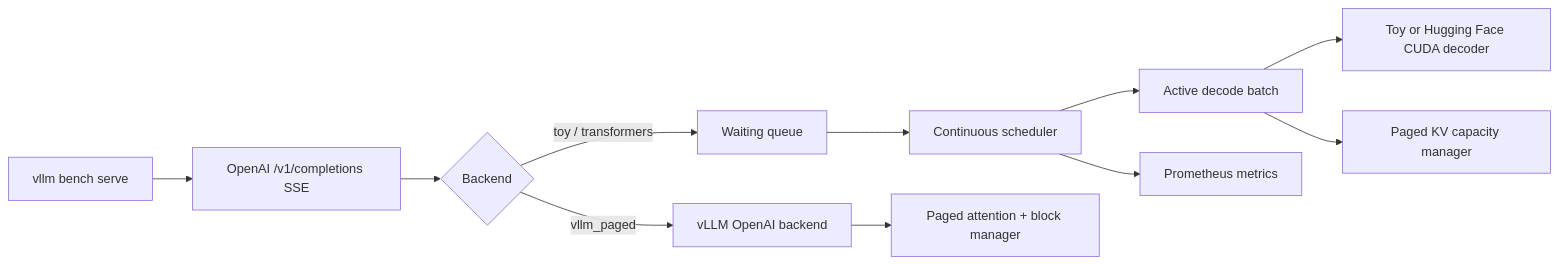
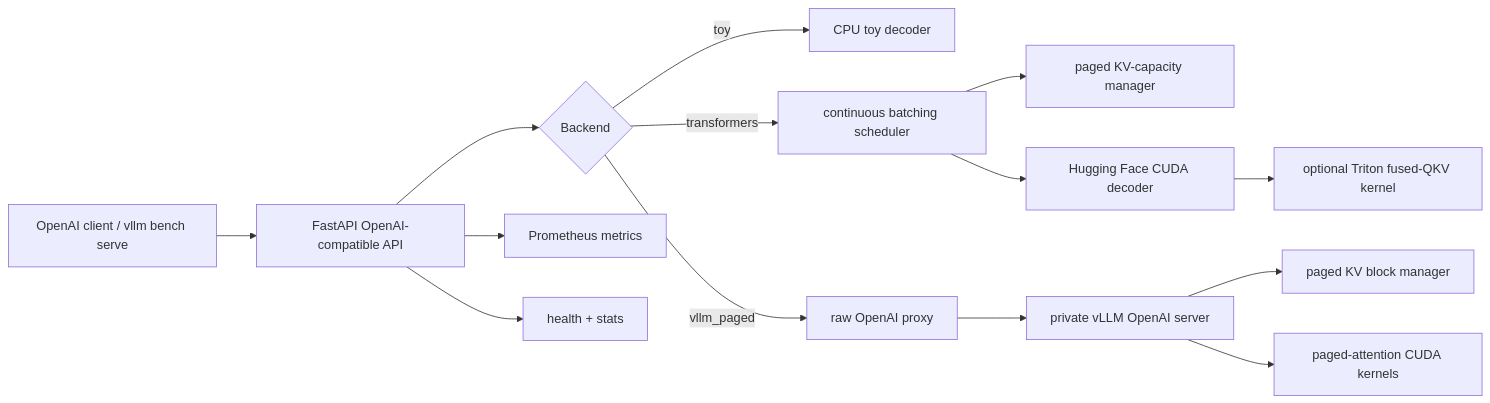
One commit to souvikDevloper/InferEngine changed the diagram in README.md. Above: the diagram before and after it, drawn with Mermaid. The commit also changed other lines of this file, not shown here.

````diff
--- a/README.md
+++ b/README.md
@@ -38,13 +87,19 @@
 ```mermaid
 flowchart LR
-    V["vllm bench serve"] --> O["OpenAI /v1/completions SSE"]
-    O --> B{Backend}
-    B -->|toy / transformers| Q[Waiting queue]
-    Q --> S[Continuous scheduler]
-    S --> A[Active decode batch]
-    A --> M[Toy or Hugging Face CUDA decoder]
-    A --> K[Paged KV capacity manager]
-    S --> P[Prometheus metrics]
-    B -->|vllm_paged| X[vLLM OpenAI backend]
-    X --> Y[Paged attention + block manager]
+    Client["OpenAI client / vllm bench serve"] --> API["FastAPI OpenAI-compatible API"]
+    API --> Router{"Backend"}
+
+    Router -->|"toy"| Toy["CPU toy decoder"]
+    Router -->|"transformers"| Scheduler["continuous batching scheduler"]
+    Scheduler --> Pages["paged KV-capacity manager"]
+    Scheduler --> HF["Hugging Face CUDA decoder"]
+    HF --> Triton["optional Triton fused-QKV kernel"]
+
+    Router -->|"vllm_paged"| Proxy["raw OpenAI proxy"]
+    Proxy --> VLLM["private vLLM OpenAI server"]
+    VLLM --> Blocks["paged KV block manager"]
+    VLLM --> Kernels["paged-attention CUDA kernels"]
+
+    API --> Metrics["Prometheus metrics"]
+    API --> Health["health + stats"]
 ```
````
